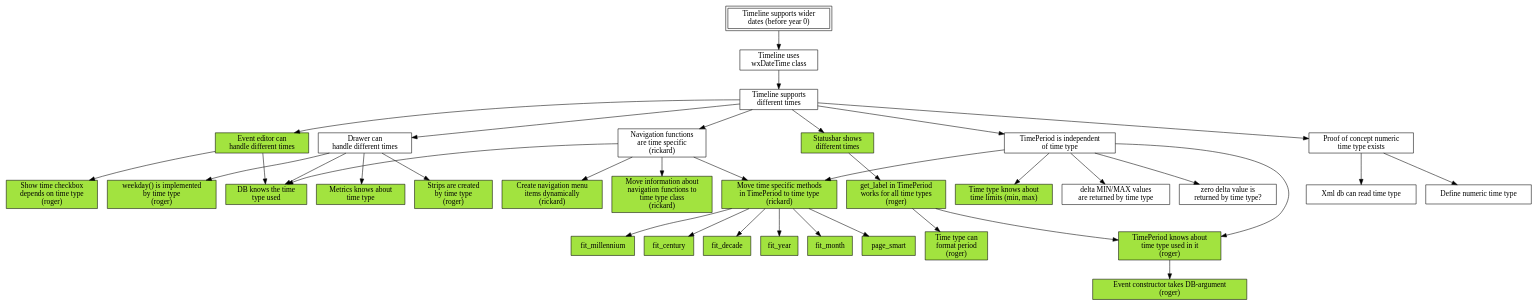
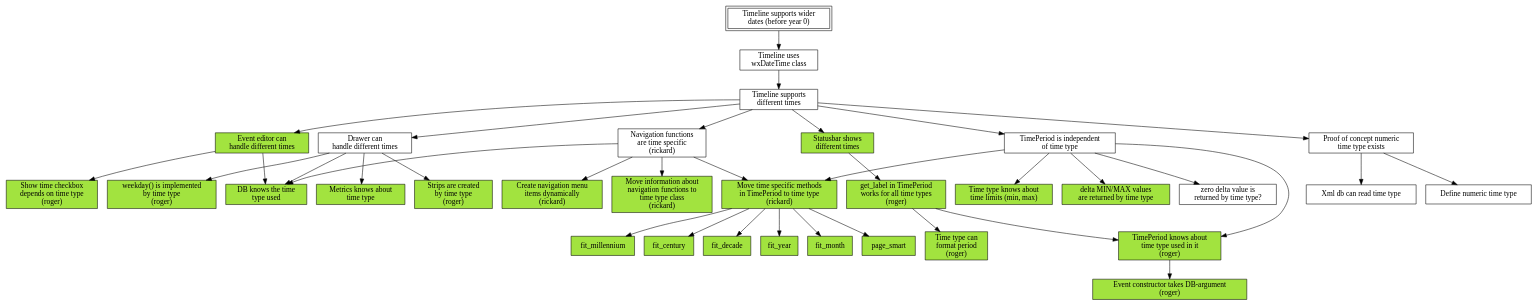
One commit to shutaozhenzhen/thetimelineproj changed the diagram in mikado.dot. Above: the diagram before and after it, drawn with Graphviz. The commit also changed 3 other files, not shown here.

Commit message:
Delta MIN/MAX values are returned by time type

```diff
--- a/mikado.dot
+++ b/mikado.dot
@@ -1,115 +1,116 @@
 digraph mikado
 {
     node [shape=box];
 
     wider_dates [label="Timeline supports wider\ndates (before year 0)"];
     wider_dates [peripheries=2];
         wider_dates -> switch_to_wx_time;
 
     switch_to_wx_time [label="Timeline uses\nwxDateTime class"];
         switch_to_wx_time -> different_time;
 
     different_time [label="Timeline supports\ndifferent times "];
         different_time -> event_editor;
         different_time -> drawer;
         different_time -> navigation;
         different_time -> status_bar;
         different_time -> time_period_independent;
         different_time -> numeric_time_type;
 
     numeric_time_type [label="Proof of concept numeric\ntime type exists"];
         numeric_time_type -> define_numeric_time_type;
         numeric_time_type -> db_reads_time_type;
 
     time_period_independent [label="TimePeriod is independent\nof time type"];
         time_period_independent -> time_period_knows_type;
         time_period_independent -> time_period;
         time_period_independent -> time_limits_in_time_type;
         time_period_independent -> min_max_zoom_delta_in_time_type;
         time_period_independent -> zero_delta_created_by_time_type;
 
     event_editor [label="Event editor can\nhandle different times"];
     event_editor [style=filled,fillcolor="#A2E33F"];
         event_editor -> show_time;
         event_editor -> db_has_type_info;
 
     drawer [label="Drawer can\nhandle different times"];
         drawer -> db_has_type_info;
         drawer -> strips_in_time_type;
 	drawer -> weekday_in_time_type;
 	drawer -> metrics_knows_about_time_type;
 	
     navigation [label="Navigation functions\nare time specific\n(rickard)"];
         navigation -> db_has_type_info;
         navigation -> move_nav_to_time_type;
         navigation -> create_menu_items_dynamically;
         navigation -> time_period;
 
     time_period [label="Move time specific methods\nin TimePeriod to time type\n(rickard)"];
     time_period [style=filled,fillcolor="#A2E33F"];
         time_period -> fit_millennium;
         time_period -> fit_century;
         time_period -> fit_decade;
         time_period -> fit_year;
         time_period -> fit_month;
         time_period -> page_smart;
 
     status_bar [label="Statusbar shows\ndifferent times"];
     status_bar [style=filled,fillcolor="#A2E33F"];
         status_bar -> get_label;
         get_label -> time_period_knows_type;
 
     get_label [label="get_label in TimePeriod\nworks for all time types\n(roger)"];
     get_label [style=filled,fillcolor="#A2E33F"];
         get_label -> type_format;
 
     time_period_knows_type [label="TimePeriod knows about\ntime type used in it\n(roger)"];
     time_period_knows_type [style=filled,fillcolor="#A2E33F"];
 	time_period_knows_type -> event_constructor;
 
     // Leaves
 
     define_numeric_time_type [label="Define numeric time type"];
 
     db_reads_time_type [label="Xml db can read time type"];
 
     show_time [label="Show time checkbox\ndepends on time type\n(roger)"];
     show_time [style=filled,fillcolor="#A2E33F"];
 
     db_has_type_info [label="DB knows the time\ntype used"];
     db_has_type_info [style=filled,fillcolor="#A2E33F"];
 
     move_nav_to_time_type [label="Move information about\nnavigation functions to\ntime type class\n(rickard)"];
     move_nav_to_time_type [style=filled,fillcolor="#A2E33F"];
 
     create_menu_items_dynamically [label="Create navigation menu\nitems dynamically\n(rickard)"];
     create_menu_items_dynamically [style=filled,fillcolor="#A2E33F"];
 
     type_format [label="Time type can\nformat period\n(roger)"];
     type_format [style=filled,fillcolor="#A2E33F"];
     
     event_constructor [label="Event constructor takes DB-argument\n(roger)"];
     event_constructor [style=filled,fillcolor="#A2E33F"];
 
     strips_in_time_type [label="Strips are created\nby time type\n(roger)"];
     strips_in_time_type [style=filled,fillcolor="#A2E33F"];
 
     time_limits_in_time_type [label="Time type knows about\ntime limits (min, max)"];
     time_limits_in_time_type [style=filled,fillcolor="#A2E33F"];
     
     weekday_in_time_type [label="weekday() is implemented\nby time type\n(roger)"]
     weekday_in_time_type [style=filled,fillcolor="#A2E33F"];
     fit_millennium [style=filled,fillcolor="#A2E33F"];
     fit_century [style=filled,fillcolor="#A2E33F"];
     fit_decade [style=filled,fillcolor="#A2E33F"];
     fit_year [style=filled,fillcolor="#A2E33F"];
     fit_month [style=filled,fillcolor="#A2E33F"];
     page_smart [style=filled,fillcolor="#A2E33F"];
 
     min_max_zoom_delta_in_time_type [label="delta MIN/MAX values\nare returned by time type"];
+    min_max_zoom_delta_in_time_type [style=filled,fillcolor="#A2E33F"];
     
     zero_delta_created_by_time_type [label="zero delta value is\nreturned by time type?"];
     
     metrics_knows_about_time_type [label="Metrics knows about\n time type"];
     metrics_knows_about_time_type [style=filled,fillcolor="#A2E33F"];
 }
```
